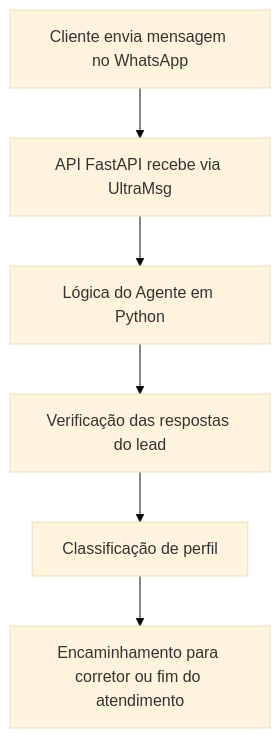
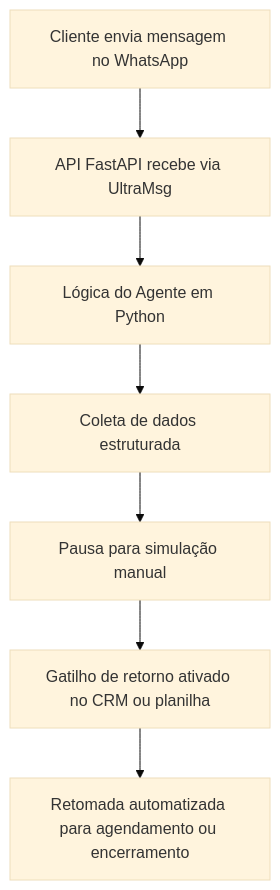
The diagram in README.md (Rodrigo-RRC/corretor_inteligente), drawn with Mermaid (base theme) before and after one commit. The commit also changed other lines of this file, not shown here.

````diff
--- a/README.md
+++ b/README.md
@@ -53,8 +63,9 @@
 ```mermaid
 graph TD
 A[Cliente envia mensagem no WhatsApp] --> B[API FastAPI recebe via UltraMsg]
 B --> C[Lógica do Agente em Python]
-C --> D[Verificação das respostas do lead]
-D --> E[Classificação de perfil]
-E --> F[Encaminhamento para corretor ou fim do atendimento]
+C --> D[Coleta de dados estruturada]
+D --> E[Pausa para simulação manual]
+E --> F[Gatilho de retorno ativado no CRM ou planilha]
+F --> G[Retomada automatizada para agendamento ou encerramento]
 ```
````
